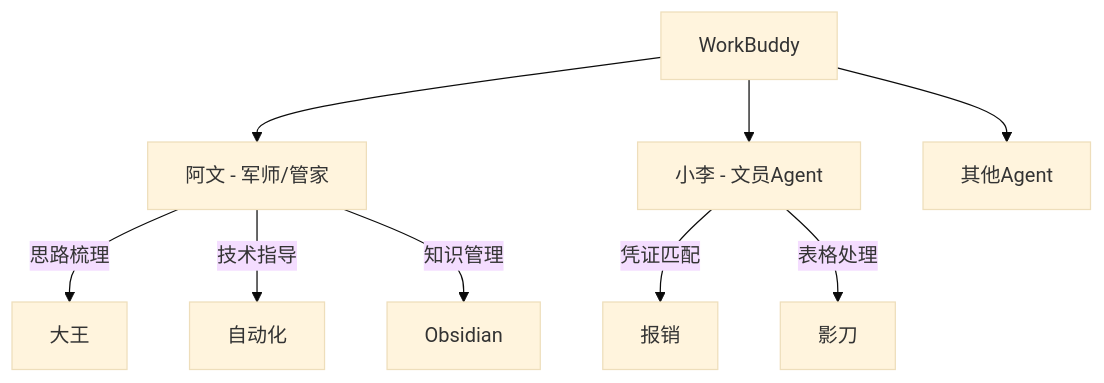
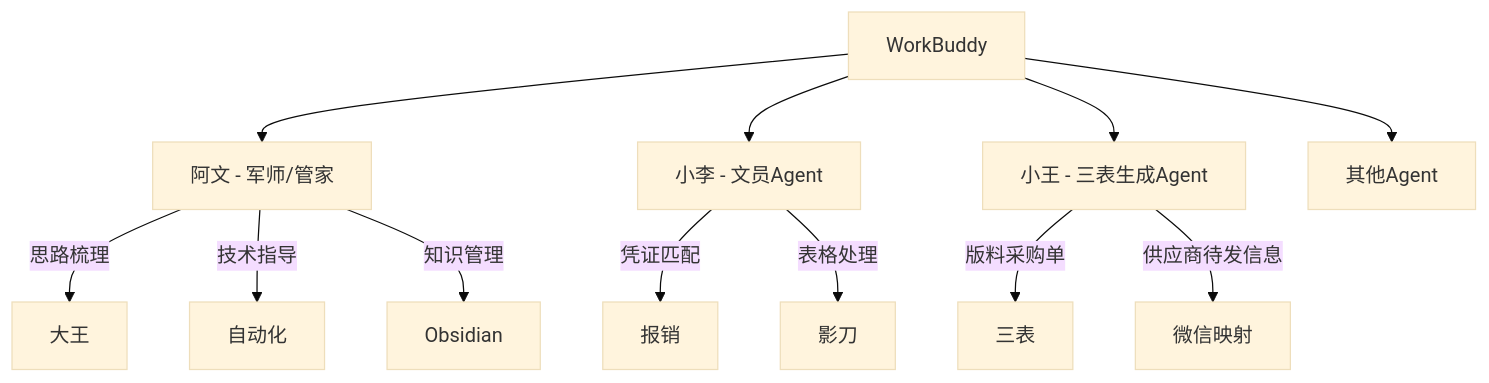
One commit to wangguo-ai/patpat changed the diagram in 系统/WorkBuddy系统.md. Above: the diagram before and after it, drawn with Mermaid (base theme). The commit also changed other lines of this file and 73 other files, not shown here.

````diff
--- a/系统/WorkBuddy系统.md
+++ b/系统/WorkBuddy系统.md
@@ -9,13 +9,17 @@
 ```mermaid
 flowchart TD
     WB[WorkBuddy] --> AW[阿文 - 军师/管家]
     WB --> XL[小李 - 文员Agent]
+    WB --> XW[小王 - 三表生成Agent]
     WB --> QT[其他Agent]
     
     AW --> |思路梳理| 大王
     AW --> |技术指导| 自动化
     AW --> |知识管理| Obsidian
     
     XL --> |凭证匹配| 报销
     XL --> |表格处理| 影刀
+
+    XW --> |版料采购单| 三表
+    XW --> |供应商待发信息| 微信映射
 ```
````
